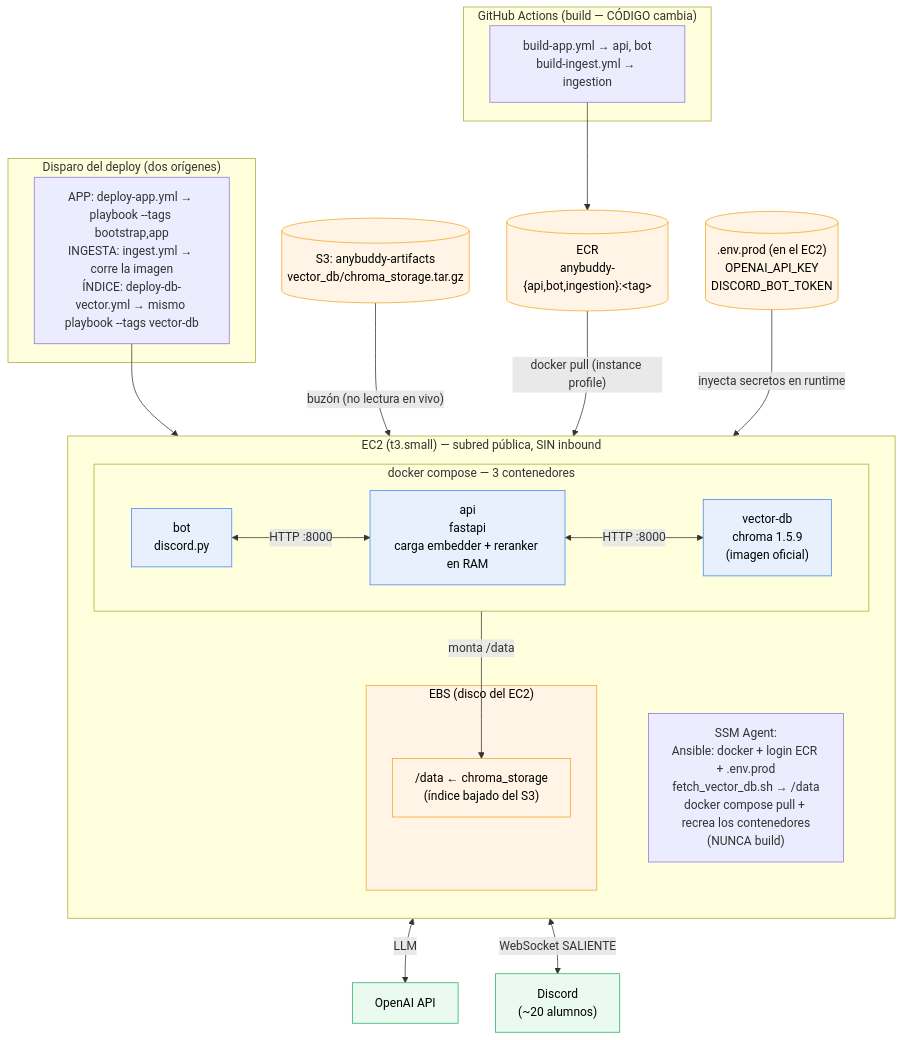
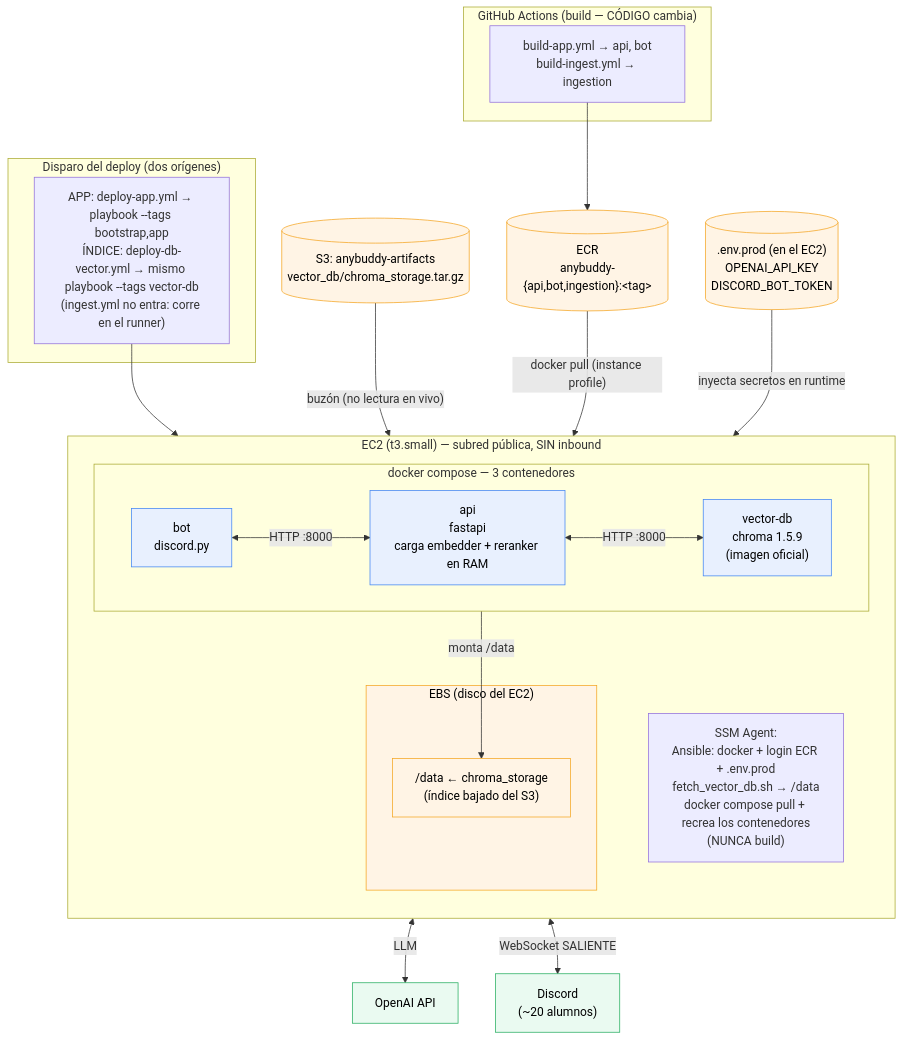
One commit to kevin-ja/anybuddy changed the third of 4 diagrams in ARCHITECTURE.md. Above: the diagram before and after it, drawn with Mermaid. The commit also changed other lines of this file and 9 other files, not shown here.

First line of the commit message:
Mover la ingesta al runner de GitHub

````diff
--- a/ARCHITECTURE.md
+++ b/ARCHITECTURE.md
@@ -212,51 +229,51 @@
 ```mermaid
 flowchart TB
     subgraph GHA["GitHub Actions (build — CÓDIGO cambia)"]
         BUILD["build-app.yml → api, bot<br/>build-ingest.yml → ingestion"]
     end
 
     subgraph TRIG["Disparo del deploy (dos orígenes)"]
-        SSM["APP: deploy-app.yml → playbook --tags bootstrap,app<br/>INGESTA: ingest.yml → corre la imagen<br/>ÍNDICE: deploy-db-vector.yml → mismo playbook --tags vector-db"]
+        SSM["APP: deploy-app.yml → playbook --tags bootstrap,app<br/>ÍNDICE: deploy-db-vector.yml → mismo playbook --tags vector-db<br/>(ingest.yml no entra: corre en el runner)"]
     end
 
     ECR[("ECR<br/>anybuddy-{api,bot,ingestion}:&lt;tag&gt;")]
     S3[("S3: anybuddy-artifacts<br/>vector_db/chroma_storage.tar.gz")]
     ENV[(".env.prod (en el EC2)<br/>OPENAI_API_KEY<br/>DISCORD_BOT_TOKEN")]
 
     subgraph EC2["EC2 (t3.small) — subred pública, SIN inbound"]
         direction TB
         AGENT["SSM Agent:<br/>Ansible: docker + login ECR + .env.prod<br/>fetch_vector_db.sh → /data<br/>docker compose pull + recrea los contenedores<br/>(NUNCA build)"]
 
         subgraph DC["docker compose — 3 contenedores"]
             direction LR
             VDB["vector-db<br/>chroma 1.5.9<br/>(imagen oficial)"]
             API["api<br/>fastapi<br/>carga embedder + reranker en RAM"]
             BOT["bot<br/>discord.py"]
             API <-- "HTTP :8000" --> VDB
             BOT <-- "HTTP :8000" --> API
         end
 
         subgraph EBS["EBS (disco del EC2)"]
             DATA["/data ← chroma_storage<br/>(índice bajado del S3)"]
         end
         VDB -- "monta /data" --> DATA
     end
 
     OAI["OpenAI API"]
     DISCORD["Discord<br/>(~20 alumnos)"]
 
     BUILD --> ECR
     SSM --> AGENT
     ECR -- "docker pull (instance profile)" --> DC
     S3 -- "buzón (no lectura en vivo)" --> AGENT
     ENV -- "inyecta secretos en runtime" --> DC
     API <-- "LLM" --> OAI
     BOT <-- "WebSocket SALIENTE" --> DISCORD
 
     classDef store fill:#fff4e5,stroke:#f5a623,color:#000
     classDef ext fill:#eafaf1,stroke:#27ae60,color:#000
     classDef compute fill:#e8f0fe,stroke:#4285f4,color:#000
     class ECR,S3,ENV,EBS,DATA store
     class OAI,DISCORD ext
     class VDB,API,BOT compute
 ```
````
